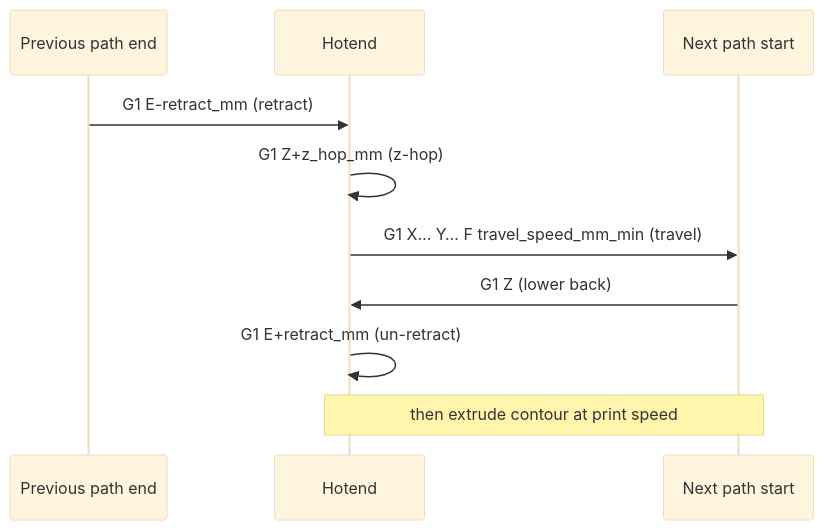
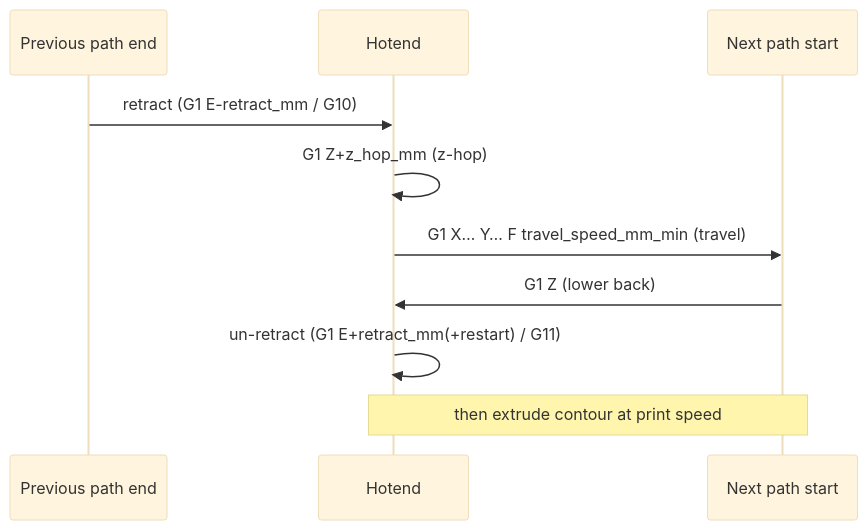
One commit to ColdCrabby/slicer changed the fifth of 6 diagrams in src/gcode/README.md. Above: the diagram before and after it, drawn with Mermaid (base theme). The commit also changed other lines of this file and 8 other files, not shown here.

````diff
--- a/src/gcode/README.md
+++ b/src/gcode/README.md
@@ -307,13 +308,13 @@
 ```mermaid
 sequenceDiagram
     participant P as Previous path end
     participant H as Hotend
     participant N as Next path start
 
-    P->>H: G1 E-retract_mm (retract)
+    P->>H: retract (G1 E-retract_mm / G10)
     H->>H: G1 Z+z_hop_mm (z-hop)
     H->>N: G1 X… Y… F travel_speed_mm_min (travel)
     N->>H: G1 Z (lower back)
-    H->>H: G1 E+retract_mm (un-retract)
+    H->>H: un-retract (G1 E+retract_mm(+restart) / G11)
     Note over H,N: then extrude contour at print speed
 ```
````
